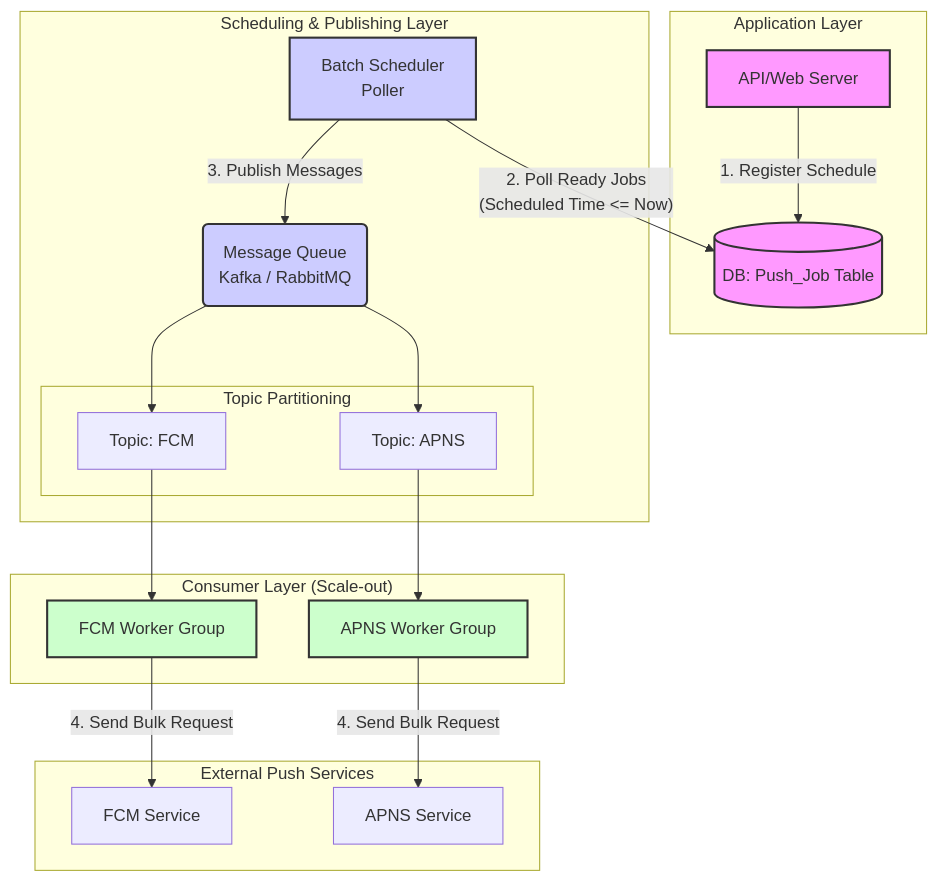
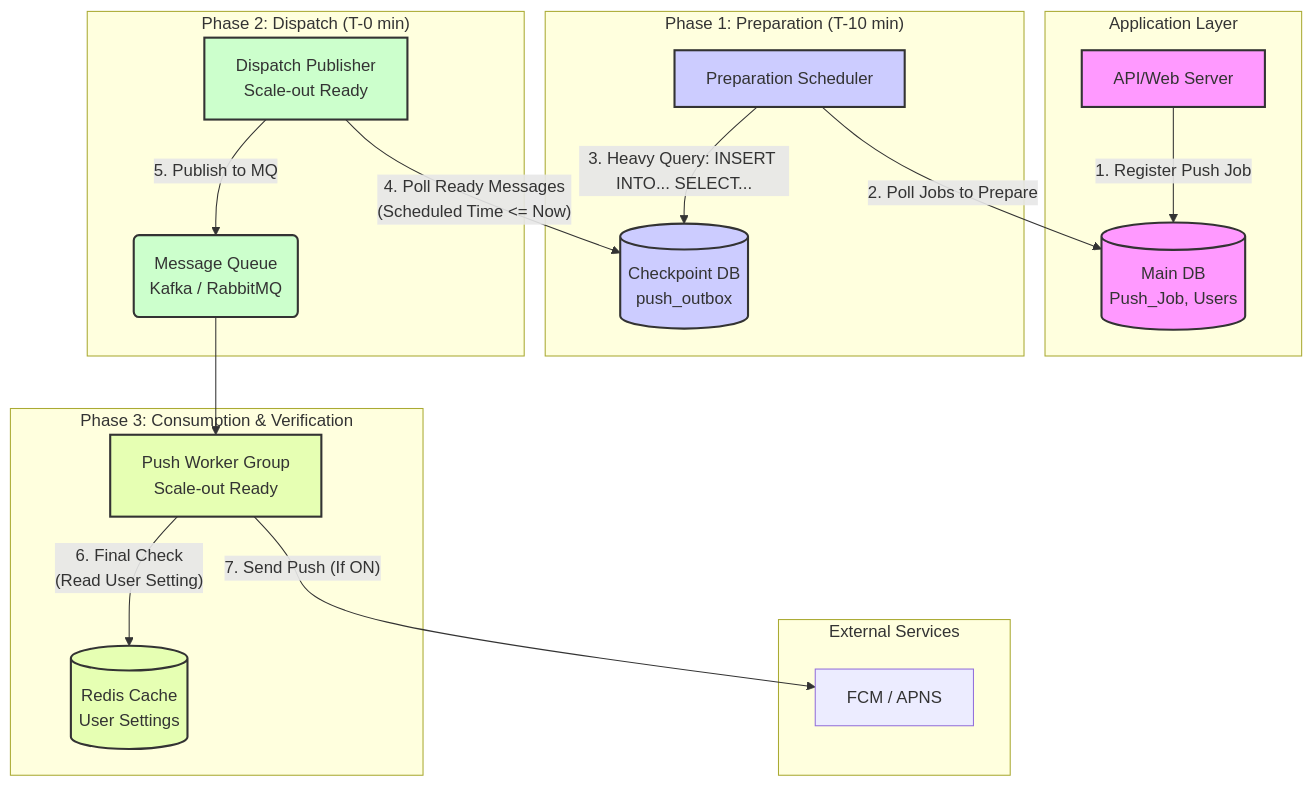
Before and after one commit to jungguji/blogcontent: the third of 3 diagrams in source/_posts/대규모-푸시-알림-시스템의-아키텍처-개선에-관한-연구.md, drawn with Mermaid. The commit also changed other lines of this file, not shown here.

Commit message:
refactor: 3장 내용 수정중 3.1 1단계 수정중 ..

````diff
--- a/source/_posts/대규모-푸시-알림-시스템의-아키텍처-개선에-관한-연구.md
+++ b/source/_posts/대규모-푸시-알림-시스템의-아키텍처-개선에-관한-연구.md
@@ -130,51 +114,49 @@
 ```mermaid
 graph TD
     subgraph "Application Layer"
         WebApp[API/Web Server]
-        AppDB[(DB: Push_Job Table)]
+        MainDB[(Main DB <br/> Push_Job, Users)]
     end
 
-    subgraph "Scheduling & Publishing Layer"
-        Scheduler[Batch Scheduler <br/> Poller]
-        MQ(Message Queue <br/> Kafka / RabbitMQ)
-        
-        subgraph "Topic Partitioning"
-            FCM_Topic[Topic: FCM]
-            APNS_Topic[Topic: APNS]
-        end
+    subgraph "Phase 1: Preparation (T-10 min)"
+        PrepScheduler[Preparation Scheduler]
+        OutboxDB[(Checkpoint DB <br/> push_outbox)]
     end
 
-    subgraph "Consumer Layer (Scale-out)"
-        FCM_Consumers[FCM Worker Group]
-        APNS_Consumers[APNS Worker Group]
+    subgraph "Phase 2: Dispatch (T-0 min)"
+        DispatchPublisher[Dispatch Publisher <br/> Scale-out Ready]
+        MQ(Message Queue <br/> Kafka / RabbitMQ)
+    end
+
+    subgraph "Phase 3: Consumption & Verification"
+        Consumer[Push Worker Group <br/> Scale-out Ready]
+        RedisCache[(Redis Cache <br/> User Settings)]
     end
     
-    subgraph "External Push Services"
-        FCM_Service[FCM Service]
-        APNS_Service[APNS Service]
+    subgraph "External Services"
+        PushService[FCM / APNS]
     end
 
     %% Data Flow
-    WebApp -- "1. Register Schedule" --> AppDB
-    Scheduler -- "2. Poll Ready Jobs <br/> (Scheduled Time &lt;= Now)" --> AppDB
+    WebApp -- "1. Register Push Job" --> MainDB
     
-    Scheduler -- "3. Publish Messages" --> MQ
+    PrepScheduler -- "2. Poll Jobs to Prepare" --> MainDB
+    PrepScheduler -- "3. Heavy Query: INSERT INTO... SELECT..." --> OutboxDB
     
-    %% Chained link separated for better compatibility
-    MQ --> FCM_Topic
-    MQ --> APNS_Topic
+    DispatchPublisher -- "4. Poll Ready Messages <br/> (Scheduled Time &lt;= Now)" --> OutboxDB
+    DispatchPublisher -- "5. Publish to MQ" --> MQ
 
-    FCM_Topic --> FCM_Consumers
-    APNS_Topic --> APNS_Consumers
-
-    FCM_Consumers -- "4. Send Bulk Request" --> FCM_Service
-    APNS_Consumers -- "4. Send Bulk Request" --> APNS_Service
+    MQ --> Consumer
+    Consumer -- "6. Final Check <br/> (Read User Setting)" --> RedisCache
+    Consumer -- "7. Send Push (If ON)" --> PushService
 
     %% Style
     style WebApp fill:#f9f,stroke:#333,stroke-width:2px
-    style AppDB fill:#f9f,stroke:#333,stroke-width:2px
-    style Scheduler fill:#ccf,stroke:#333,stroke-width:2px
-    style MQ fill:#ccf,stroke:#333,stroke-width:2px
-    style FCM_Consumers fill:#cfc,stroke:#333,stroke-width:2px
-    style APNS_Consumers fill:#cfc,stroke:#333,stroke-width:2px
+    style MainDB fill:#f9f,stroke:#333,stroke-width:2px
+    style PrepScheduler fill:#ccf,stroke:#333,stroke-width:2px
+    style OutboxDB fill:#ccf,stroke:#333,stroke-width:2px
+    style DispatchPublisher fill:#cfc,stroke:#333,stroke-width:2px
+    style MQ fill:#cfc,stroke:#333,stroke-width:2px
+    style Consumer fill:#e6ffb3,stroke:#333,stroke-width:2px
+    style RedisCache fill:#e6ffb3,stroke:#333,stroke-width:2px
 ```
````
